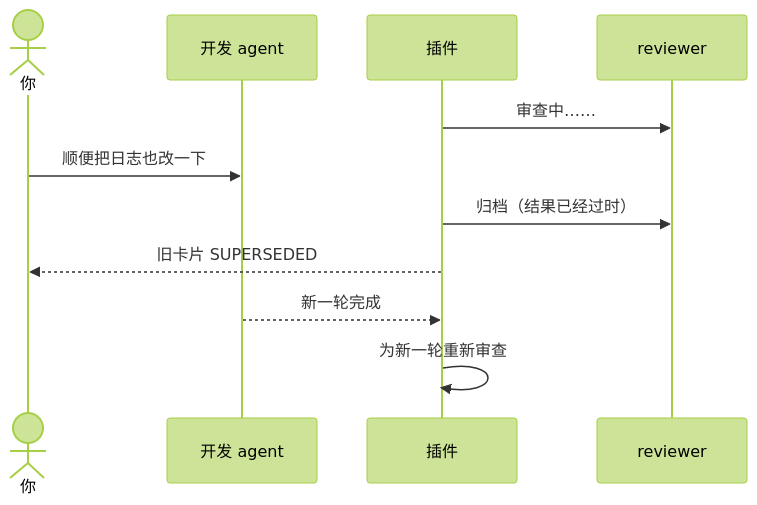
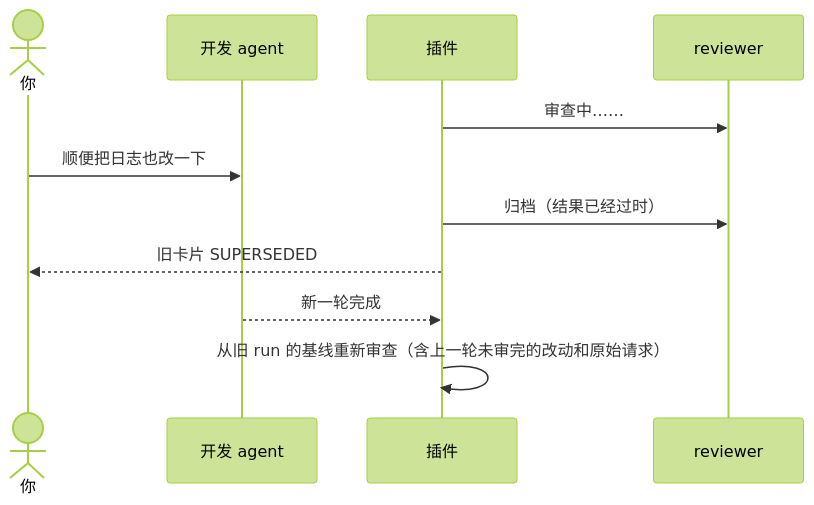
One commit to XUJiahua/paseo-post-turn-gate-plugin changed diagram 11 of 12 in docs/workflow.md. Above: the diagram before and after it, drawn with Mermaid (forest theme). The commit also changed other lines of this file and 4 other files, not shown here.

````diff
--- a/docs/workflow.md
+++ b/docs/workflow.md
@@ -267,14 +268,14 @@
 ```mermaid
 sequenceDiagram
   actor 你
   participant A as 开发 agent
   participant G as 插件
   participant R as reviewer
 
   G->>R: 审查中……
   你->>A: 顺便把日志也改一下
   G->>R: 归档（结果已经过时）
   G-->>你: 旧卡片 SUPERSEDED
   A-->>G: 新一轮完成
-  G->>G: 为新一轮重新审查
+  G->>G: 从旧 run 的基线重新审查（含上一轮未审完的改动和原始请求）
 ```
````
